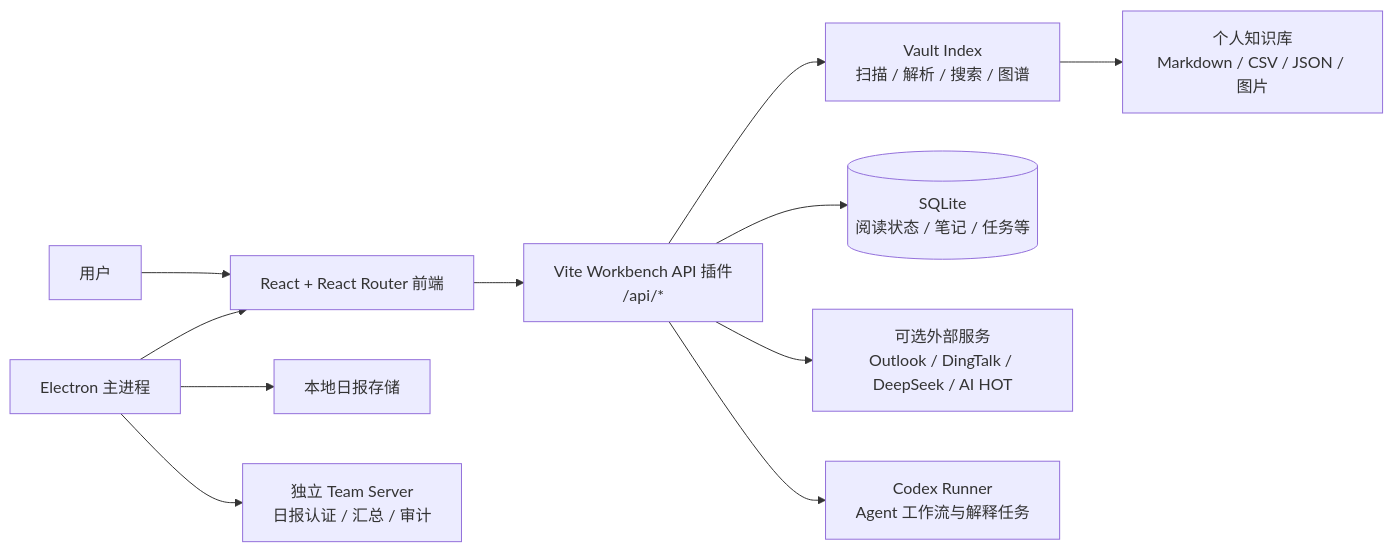
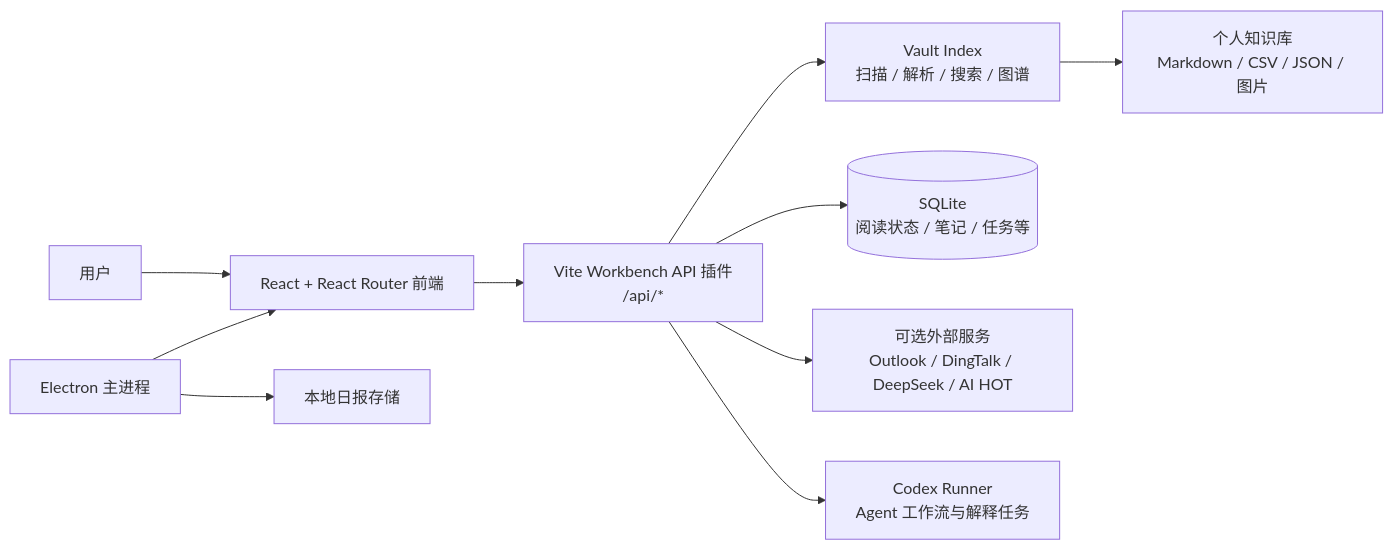
One commit to WangYehen/my-work-bench changed the diagram in Workbench/docs/architecture-overview.md. Above: the diagram before and after it, drawn with Mermaid. The commit also changed other lines of this file and 19 other files, not shown here.

Commit message:
Remove retired team-server and migrate report sync locally

````diff
--- a/Workbench/docs/architecture-overview.md
+++ b/Workbench/docs/architecture-overview.md
@@ -11,13 +15,12 @@
 ```mermaid
 flowchart LR
     U[用户] --> UI[React + React Router 前端]
     UI --> API[Vite Workbench API 插件\n/api/*]
     API --> IDX[Vault Index\n扫描 / 解析 / 搜索 / 图谱]
     IDX --> V[个人知识库\nMarkdown / CSV / JSON / 图片]
     API --> DB[(SQLite\n阅读状态 / 笔记 / 任务等)]
     API --> EXT[可选外部服务\nOutlook / DingTalk / DeepSeek / AI HOT]
     API --> AG[Codex Runner\nAgent 工作流与解释任务]
     DESK[Electron 主进程] --> UI
     DESK --> LOCAL[本地日报存储]
-    DESK --> TEAM[独立 Team Server\n日报认证 / 汇总 / 审计]
 ```
````
